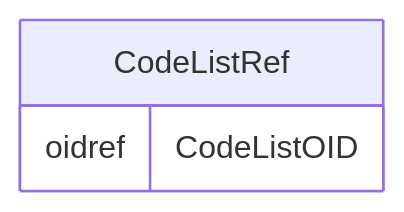
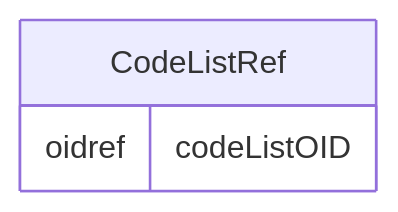
The diagram in docs/CodeListRef.md (cdisc-org/DataExchange-ODM-LinkML), drawn with Mermaid before and after one commit. The commit also changed other lines of this file and 759 other files, not shown here.

````diff
--- a/docs/CodeListRef.md
+++ b/docs/CodeListRef.md
@@ -11,9 +11,9 @@
 ```mermaid
 erDiagram
 CodeListRef {
-    oidref CodeListOID  
+    oidref codeListOID  
 }
 
 
 
 ```
````
